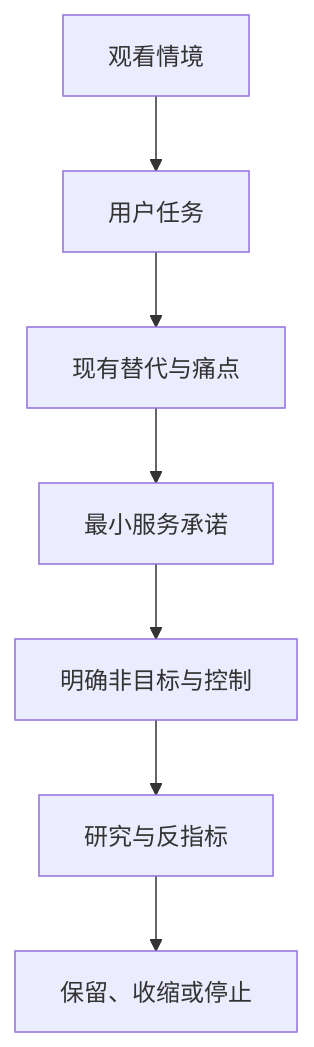
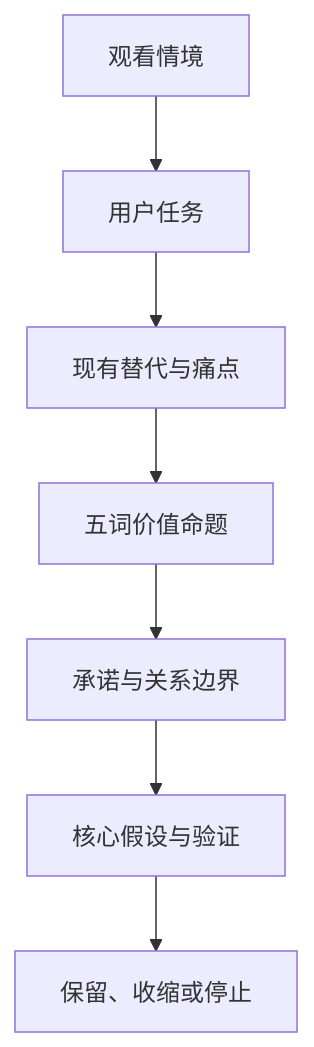
The first of 2 diagrams in docs/球球全套资料/2.用户与价值定义/09-用户任务、痛点与价值主张.md (weiz98417-crypto/qiuqiu), drawn with Mermaid before and after one commit. The commit also changed other lines of this file and 11 other files, not shown here.

````diff
--- a/docs/球球全套资料/2.用户与价值定义/09-用户任务、痛点与价值主张.md
+++ b/docs/球球全套资料/2.用户与价值定义/09-用户任务、痛点与价值主张.md
@@ -9,9 +6,9 @@
 ```mermaid
 flowchart TD
     A[观看情境] --> B[用户任务]
     B --> C[现有替代与痛点]
-    C --> D[最小服务承诺]
-    D --> E[明确非目标与控制]
-    E --> F[研究与反指标]
+    C --> D[五词价值命题]
+    D --> E[承诺与关系边界]
+    E --> F[核心假设与验证]
     F --> G[保留、收缩或停止]
 ```
````
